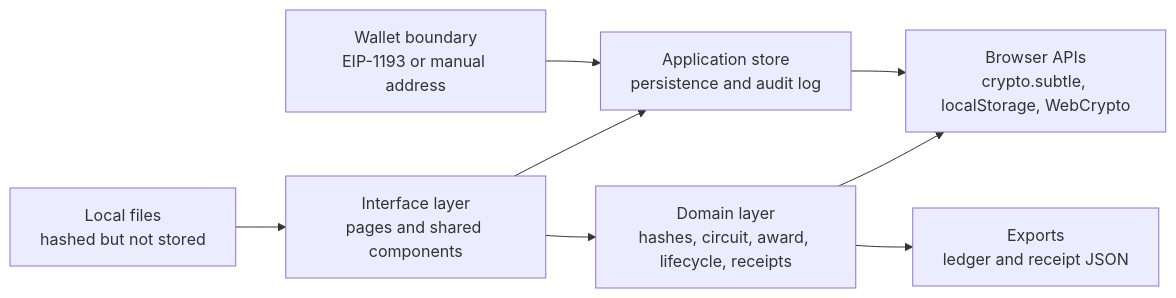
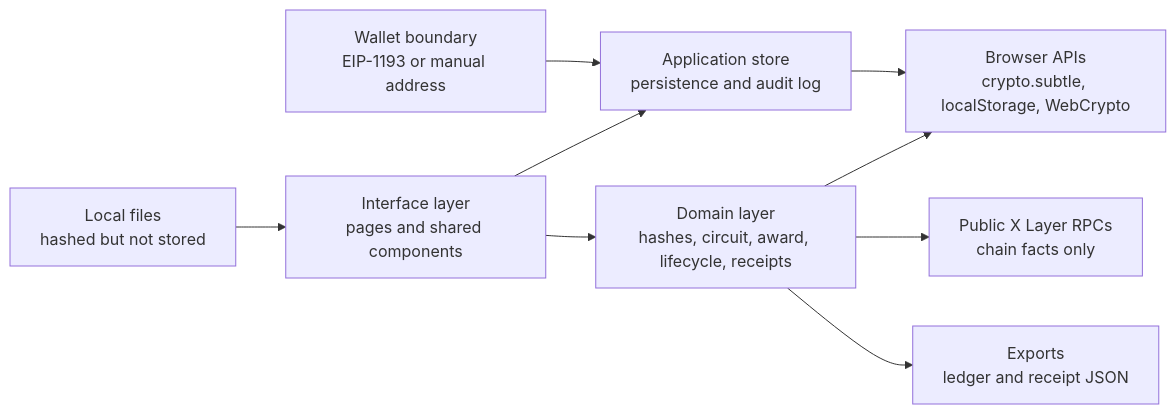
One commit to opeblow/bidoraq changed the diagram in docs/ARCHITECTURE.md. Above: the diagram before and after it, drawn with Mermaid. The commit also changed other lines of this file, not shown here.

Commit message:
docs: describe RPC boundary and v3 workspace model

````diff
--- a/docs/ARCHITECTURE.md
+++ b/docs/ARCHITECTURE.md
@@ -13,18 +13,20 @@
 ```mermaid
 flowchart LR
   UI["Interface layer<br/>pages and shared components"]
   STORE["Application store<br/>persistence and audit log"]
   DOMAIN["Domain layer<br/>hashes, circuit, award, lifecycle, receipts"]
   BROWSER["Browser APIs<br/>crypto.subtle, localStorage, WebCrypto"]
   WALLET["Wallet boundary<br/>EIP-1193 or manual address"]
-  FILES["Local files<br/>hashed but not stored"]
-  EXPORTS["Exports<br/>ledger and receipt JSON"]
+   FILES["Local files<br/>hashed but not stored"]
+   EXPORTS["Exports<br/>ledger and receipt JSON"]
+   RPC["Public X Layer RPCs<br/>chain facts only"]
 
-  UI --> STORE
-  UI --> DOMAIN
-  DOMAIN --> BROWSER
-  STORE --> BROWSER
-  WALLET --> STORE
-  FILES --> UI
-  DOMAIN --> EXPORTS
+   UI --> STORE
+   UI --> DOMAIN
+   DOMAIN --> BROWSER
+   DOMAIN --> RPC
+   STORE --> BROWSER
+   WALLET --> STORE
+   FILES --> UI
+   DOMAIN --> EXPORTS
 ```
````
